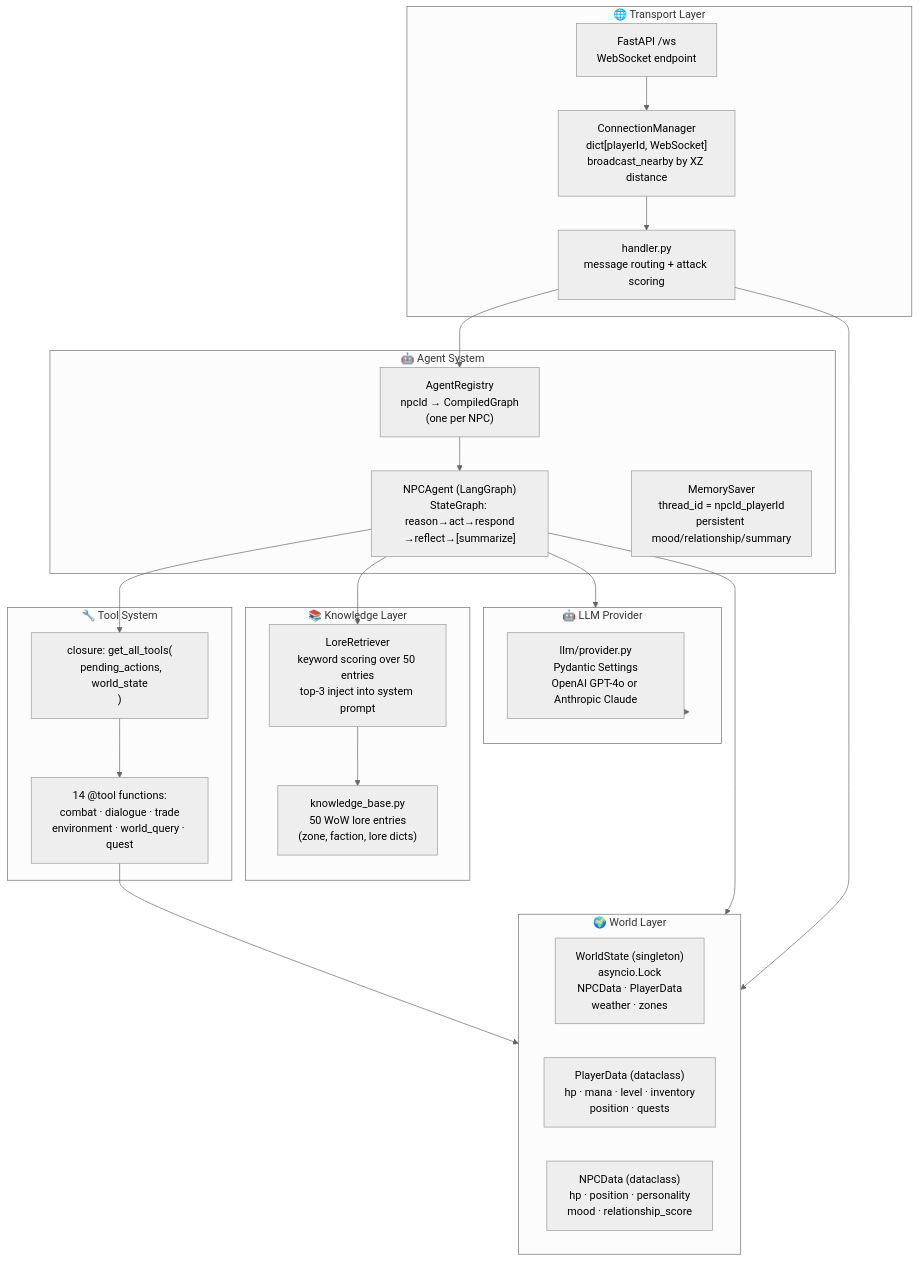
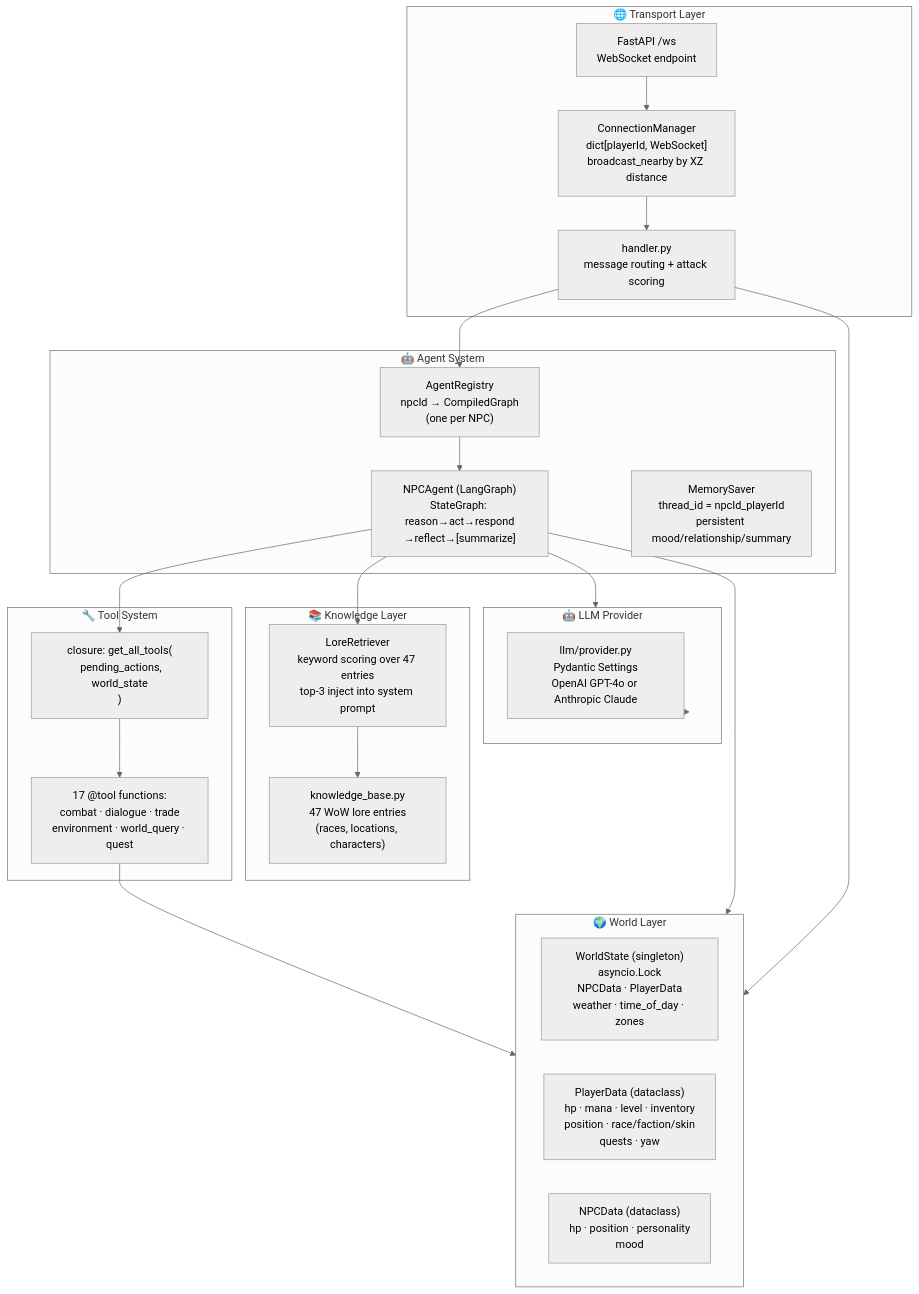
One commit to Zaexv/world-of-prompcraft changed the first of 11 diagrams in server/ARCHITECTURE.md. Above: the diagram before and after it, drawn with Mermaid (neutral theme). The commit also changed other lines of this file and 61 other files, not shown here.

````diff
--- a/server/ARCHITECTURE.md
+++ b/server/ARCHITECTURE.md
@@ -9,44 +9,44 @@
 ```mermaid
 flowchart TD
     subgraph Transport["🌐 Transport Layer"]
         WS["FastAPI /ws\nWebSocket endpoint"]
         CM["ConnectionManager\ndict[playerId, WebSocket]\nbroadcast_nearby by XZ distance"]
         H["handler.py\nmessage routing + attack scoring"]
     end
 
     subgraph AgentSystem["🤖 Agent System"]
         AR["AgentRegistry\nnpcId → CompiledGraph\n(one per NPC)"]
         AG["NPCAgent (LangGraph)\nStateGraph: reason→act→respond\n→reflect→[summarize]"]
         MS["MemorySaver\nthread_id = npcId_playerId\npersistent mood/relationship/summary"]
     end
 
     subgraph Tools["🔧 Tool System"]
         TC["closure: get_all_tools(\n  pending_actions, world_state\n)"]
-        TK["14 @tool functions:\ncombat · dialogue · trade\nenvironment · world_query · quest"]
+        TK["17 @tool functions:\ncombat · dialogue · trade\nenvironment · world_query · quest"]
     end
 
     subgraph World["🌍 World Layer"]
-        WS2["WorldState (singleton)\nasyncio.Lock\nNPCData · PlayerData\nweather · zones"]
-        PD["PlayerData (dataclass)\nhp · mana · level · inventory\nposition · quests"]
-        ND["NPCData (dataclass)\nhp · position · personality\nmood · relationship_score"]
+        WS2["WorldState (singleton)\nasyncio.Lock\nNPCData · PlayerData\nweather · time_of_day · zones"]
+        PD["PlayerData (dataclass)\nhp · mana · level · inventory\nposition · race/faction/skin\nquests · yaw"]
+        ND["NPCData (dataclass)\nhp · position · personality\nmood"]
     end
 
     subgraph Knowledge["📚 Knowledge Layer"]
-        RAG["LoreRetriever\nkeyword scoring over 50 entries\ntop-3 inject into system prompt"]
-        KB["knowledge_base.py\n50 WoW lore entries\n(zone, faction, lore dicts)"]
+        RAG["LoreRetriever\nkeyword scoring over 47 entries\ntop-3 inject into system prompt"]
+        KB["knowledge_base.py\n47 WoW lore entries\n(races, locations, characters)"]
     end
 
     subgraph LLM["🤖 LLM Provider"]
         LP["llm/provider.py\nPydantic Settings\nOpenAI GPT-4o or Anthropic Claude"]
     end
 
     WS --> CM --> H
     H --> AR
     AR --> AG
     AG --> TC --> TK
     AG --> RAG --> KB
     AG --> LLM --> LP
     TK --> World
     H --> World
     AG --> World
 ```
````
